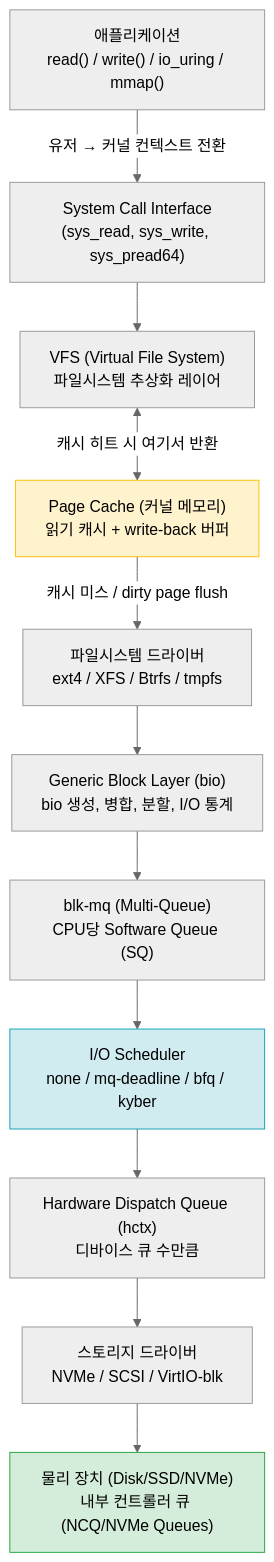
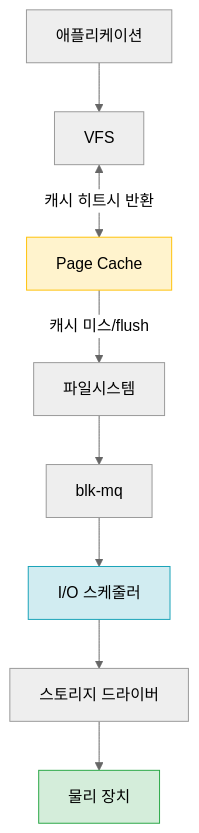
One commit to moonblueblue/devops-wiki changed the first of 4 diagrams in content/linux/performance/disk-io-performance.md. Above: the diagram before and after it, drawn with Mermaid (neutral theme). The commit also changed other lines of this file and 12 other files, not shown here.

First line of the commit message:
style: linux 섹션 전체 ASCII art 제거 및 Mermaid 규칙 적용

````diff
--- a/content/linux/performance/disk-io-performance.md
+++ b/content/linux/performance/disk-io-performance.md
@@ -35,29 +35,14 @@
 ```mermaid
 graph TD
-    APP["애플리케이션<br/>read() / write() / io_uring / mmap()"]
-    SYSCALL["System Call Interface<br/>(sys_read, sys_write, sys_pread64)"]
-    VFS["VFS (Virtual File System)<br/>파일시스템 추상화 레이어"]
-    PCACHE["Page Cache (커널 메모리)<br/>읽기 캐시 + write-back 버퍼"]
-    FS["파일시스템 드라이버<br/>ext4 / XFS / Btrfs / tmpfs"]
-    GENERIC["Generic Block Layer (bio)<br/>bio 생성, 병합, 분할, I/O 통계"]
-    BLKMQ["blk-mq (Multi-Queue)<br/>CPU당 Software Queue (SQ)"]
-    SCHED["I/O Scheduler<br/>none / mq-deadline / bfq / kyber"]
-    HCTX["Hardware Dispatch Queue (hctx)<br/>디바이스 큐 수만큼"]
-    DRIVER["스토리지 드라이버<br/>NVMe / SCSI / VirtIO-blk"]
-    HW["물리 장치 (Disk/SSD/NVMe)<br/>내부 컨트롤러 큐 (NCQ/NVMe Queues)"]
-
-    APP -->|"유저 → 커널 컨텍스트 전환"| SYSCALL
-    SYSCALL --> VFS
-    VFS <-->|"캐시 히트 시 여기서 반환"| PCACHE
-    PCACHE -->|"캐시 미스 / dirty page flush"| FS
-    FS --> GENERIC
-    GENERIC --> BLKMQ
-    BLKMQ --> SCHED
-    SCHED --> HCTX
-    HCTX --> DRIVER
-    DRIVER --> HW
+    APP["애플리케이션"] --> VFS["VFS"]
+    VFS <-->|"캐시 히트시 반환"| PCACHE["Page Cache"]
+    PCACHE -->|"캐시 미스/flush"| FS["파일시스템"]
+    FS --> BLKMQ["blk-mq"]
+    BLKMQ --> SCHED["I/O 스케줄러"]
+    SCHED --> DRIVER["스토리지 드라이버"]
+    DRIVER --> HW["물리 장치"]
 
     style PCACHE fill:#fff3cd,stroke:#ffc107
     style SCHED fill:#d1ecf1,stroke:#17a2b8
     style HW fill:#d4edda,stroke:#28a745
 ```
````
